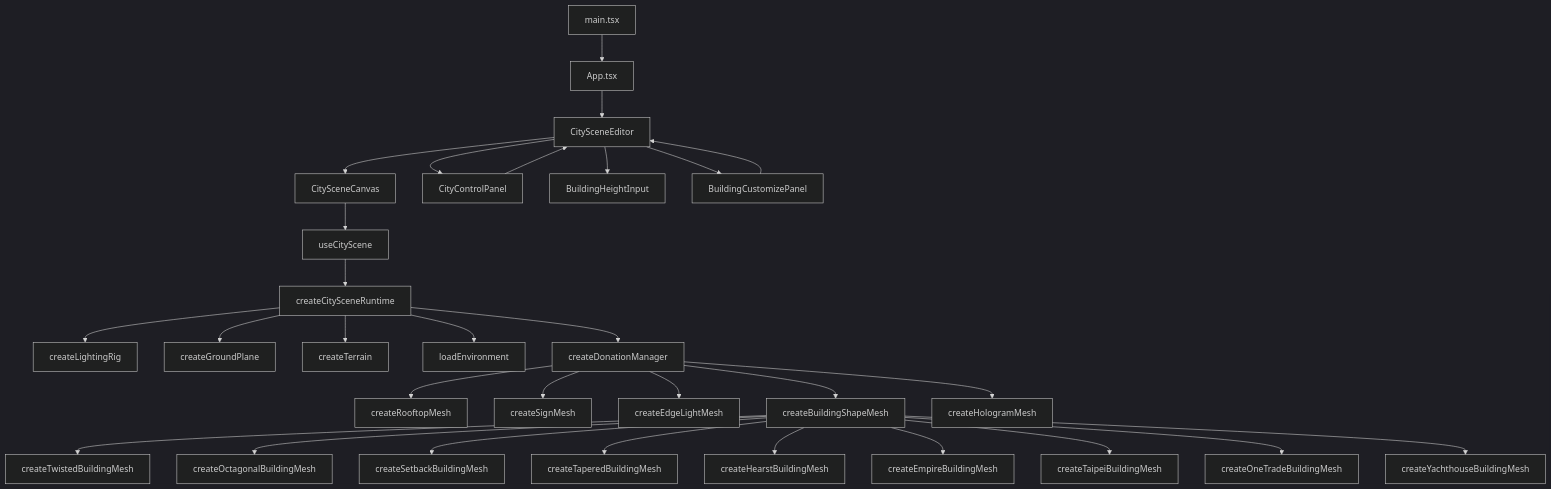
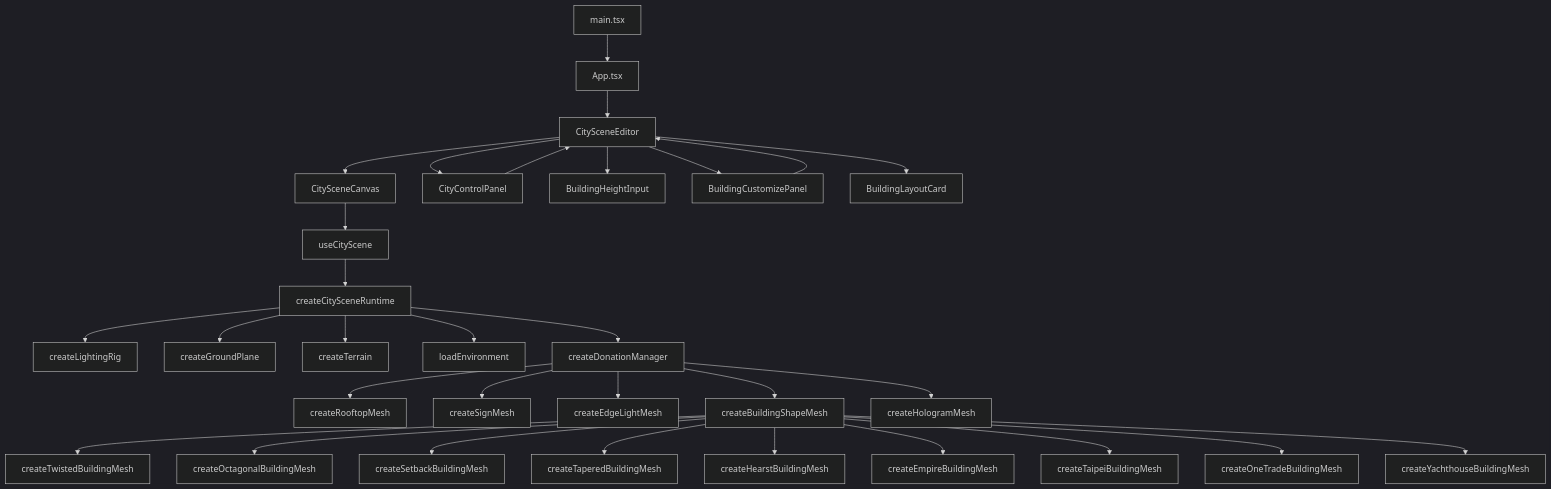
One commit to RaeII/cidoa changed the first of 2 diagrams in doc/index.md. Above: the diagram before and after it, drawn with Mermaid (dark theme). The commit also changed other lines of this file and 7 other files, not shown here.

````diff
--- a/doc/index.md
+++ b/doc/index.md
@@ -276,32 +279,33 @@
 ```mermaid
 flowchart TD
     A[main.tsx] --> B[App.tsx]
     B --> C[CitySceneEditor]
     C --> D[CitySceneCanvas]
     C --> E[CityControlPanel]
     C --> F[BuildingHeightInput]
     C --> P[BuildingCustomizePanel]
+    C --> BL[BuildingLayoutCard]
     D --> G[useCityScene]
     G --> H[createCitySceneRuntime]
     H --> I[createLightingRig]
     H --> J[createGroundPlane]
     H --> TR[createTerrain]
     H --> L[loadEnvironment]
     H --> M[createDonationManager]
     M --> N[createRooftopMesh]
     M --> O[createSignMesh]
     M --> Q[createEdgeLightMesh]
     M --> BS[createBuildingShapeMesh]
     BS --> T[createTwistedBuildingMesh]
     BS --> U[createOctagonalBuildingMesh]
     BS --> V[createSetbackBuildingMesh]
     BS --> W[createTaperedBuildingMesh]
     BS --> X[createHearstBuildingMesh]
     BS --> Y[createEmpireBuildingMesh]
     BS --> Z[createTaipeiBuildingMesh]
     BS --> OT[createOneTradeBuildingMesh]
     BS --> YC[createYachthouseBuildingMesh]
     M --> HG[createHologramMesh]
     E --> C
     P --> C
 ```
````
